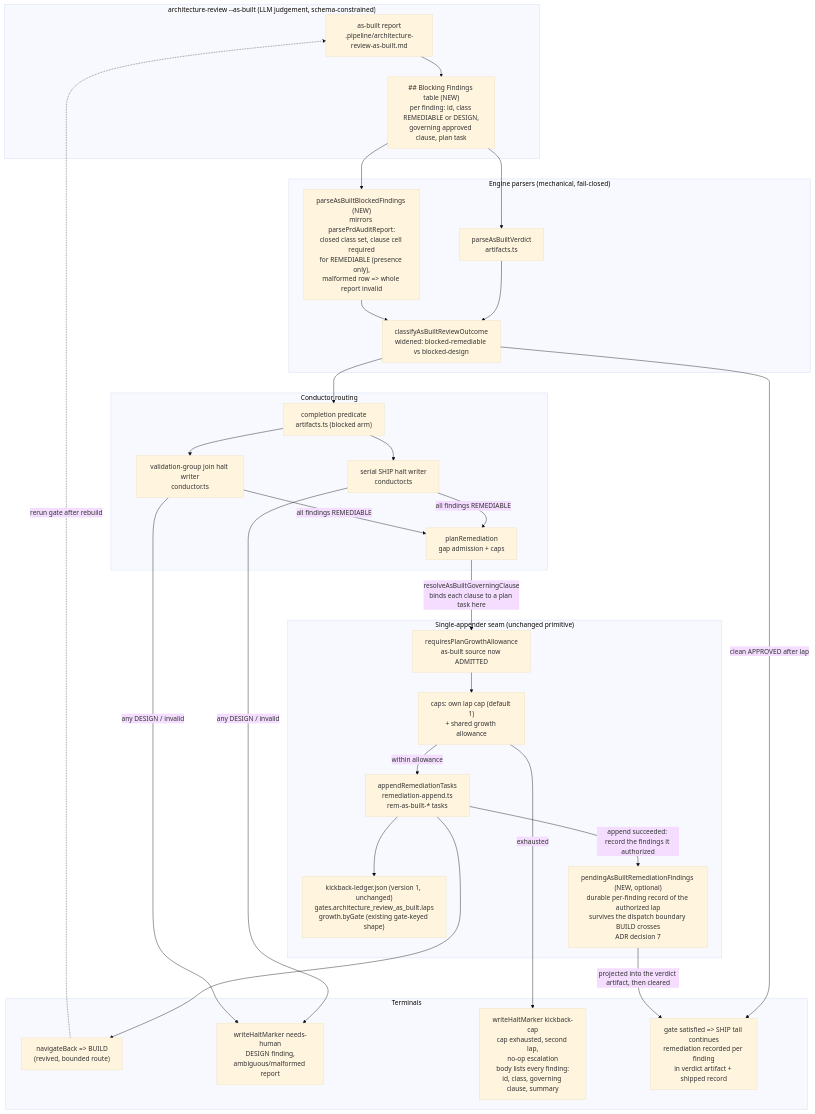
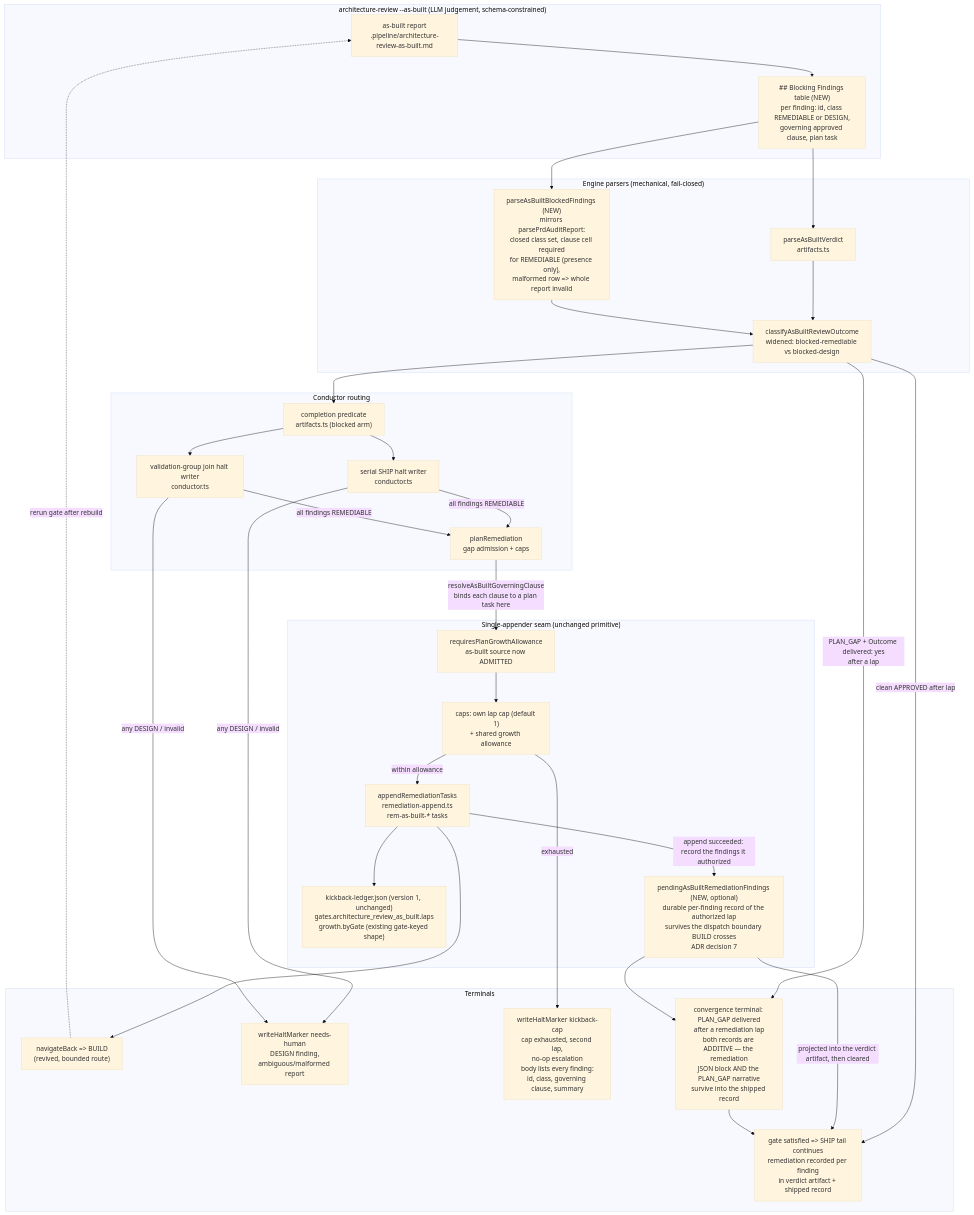
Before and after one commit to jstoup111/ai-conductor: the diagram in .docs/architecture/every-as-built-blocked-verdict-halts-needs-human-i.md, drawn with Mermaid (base theme). The commit also changed other lines of this file and 3 other files, not shown here.

First line of the commit message:
fix(as-built): read the PLAN_GAP narrative, not the projected JSON

````diff
--- a/.docs/architecture/every-as-built-blocked-verdict-halts-needs-human-i.md
+++ b/.docs/architecture/every-as-built-blocked-verdict-halts-needs-human-i.md
@@ -12,54 +12,58 @@
 ```mermaid
 graph TD
     subgraph Skill["architecture-review --as-built (LLM judgement, schema-constrained)"]
         REPORT["as-built report<br/>.pipeline/architecture-review-as-built.md"]
         FTABLE["## Blocking Findings table (NEW)<br/>per finding: id, class REMEDIABLE or DESIGN,<br/>governing approved clause, plan task"]
         REPORT --> FTABLE
     end
 
     subgraph Parser["Engine parsers (mechanical, fail-closed)"]
         PV["parseAsBuiltVerdict<br/>artifacts.ts"]
         PF["parseAsBuiltBlockedFindings (NEW)<br/>mirrors parsePrdAuditReport:<br/>closed class set, clause cell required<br/>for REMEDIABLE (presence only),<br/>malformed row => whole report invalid"]
         CLS["classifyAsBuiltReviewOutcome<br/>widened: blocked-remediable vs blocked-design"]
     end
 
     subgraph Routing["Conductor routing"]
         COMP["completion predicate<br/>artifacts.ts (blocked arm)"]
         SERIAL["serial SHIP halt writer<br/>conductor.ts"]
         GROUP["validation-group join halt writer<br/>conductor.ts"]
         PR["planRemediation<br/>gap admission + caps"]
     end
 
     subgraph Appender["Single-appender seam (unchanged primitive)"]
         ALLOW["requiresPlanGrowthAllowance<br/>as-built source now ADMITTED"]
         APPEND["appendRemediationTasks<br/>remediation-append.ts<br/>rem-as-built-* tasks"]
         LEDGER["kickback-ledger.json (version 1, unchanged)<br/>gates.architecture_review_as_built.laps<br/>growth.byGate (existing gate-keyed shape)"]
         PENDING["pendingAsBuiltRemediationFindings (NEW, optional)<br/>durable per-finding record of the authorized lap<br/>survives the dispatch boundary BUILD crosses<br/>ADR decision 7"]
         CAPS["caps: own lap cap (default 1)<br/>+ shared growth allowance"]
     end
 
     subgraph Terminals["Terminals"]
         BUILD["navigateBack => BUILD<br/>(revived, bounded route)"]
         HALT["writeHaltMarker needs-human<br/>DESIGN finding,<br/>ambiguous/malformed report"]
         CAPHALT["writeHaltMarker kickback-cap<br/>cap exhausted, second lap,<br/>no-op escalation<br/>body lists every finding:<br/>id, class, governing clause, summary"]
         SHIP["gate satisfied => SHIP tail continues<br/>remediation recorded per finding<br/>in verdict artifact + shipped record"]
+        PGCONV["convergence terminal: PLAN_GAP delivered<br/>after a remediation lap<br/>both records are ADDITIVE — the remediation<br/>JSON block AND the PLAN_GAP narrative<br/>survive into the shipped record"]
     end
 
     FTABLE --> PV --> CLS
     FTABLE --> PF --> CLS
     CLS --> COMP
     COMP --> SERIAL
     COMP --> GROUP
     SERIAL -->|all findings REMEDIABLE| PR
     GROUP -->|all findings REMEDIABLE| PR
     SERIAL -->|any DESIGN / invalid| HALT
     GROUP -->|any DESIGN / invalid| HALT
     PR -->|"resolveAsBuiltGoverningClause<br/>binds each clause to a plan task here"| ALLOW --> CAPS
     CAPS -->|within allowance| APPEND --> LEDGER
     APPEND -->|append succeeded: record the findings it authorized| PENDING
     APPEND --> BUILD
     CAPS -->|exhausted| CAPHALT
     BUILD -.->|rerun gate after rebuild| REPORT
     CLS -->|clean APPROVED after lap| SHIP
     PENDING -->|projected into the verdict artifact, then cleared| SHIP
+    CLS -->|"PLAN_GAP + Outcome delivered: yes<br/>after a lap"| PGCONV
+    PENDING --> PGCONV
+    PGCONV --> SHIP
 ```
````
